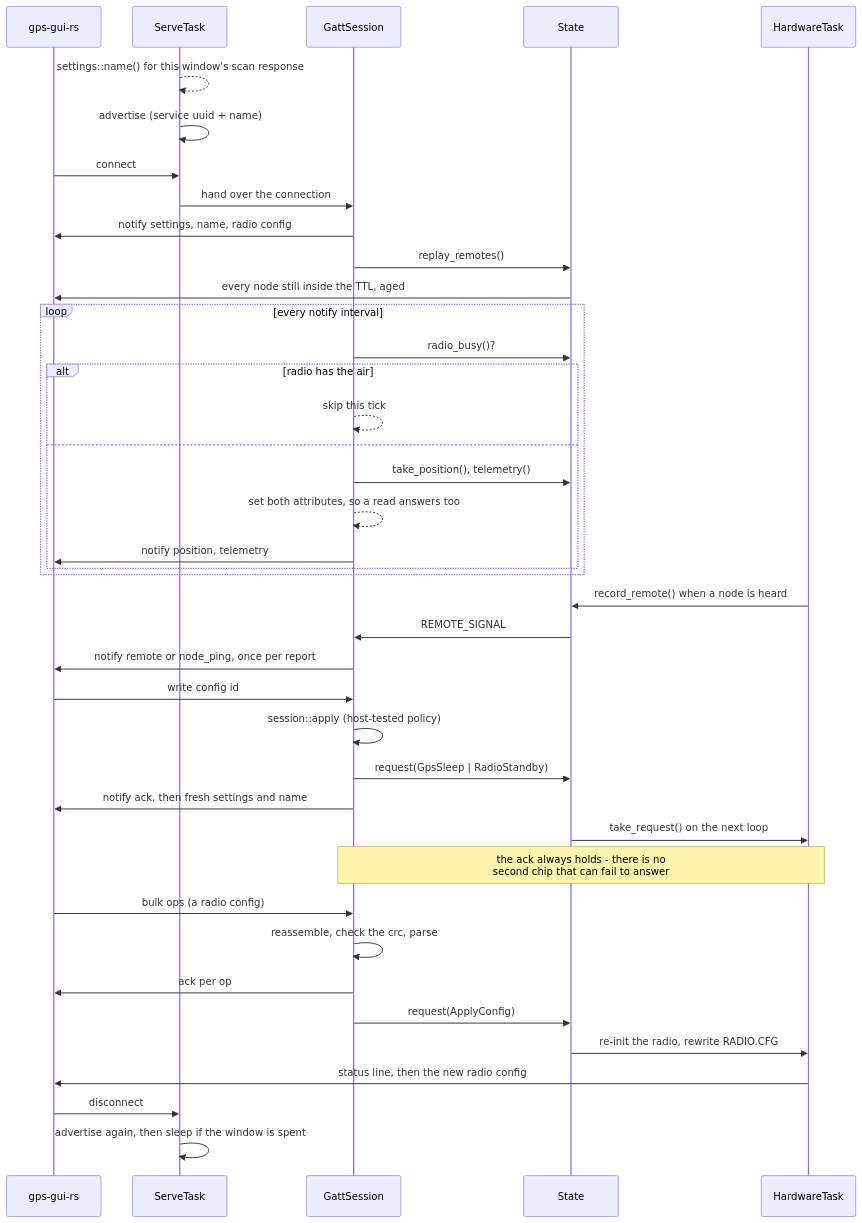
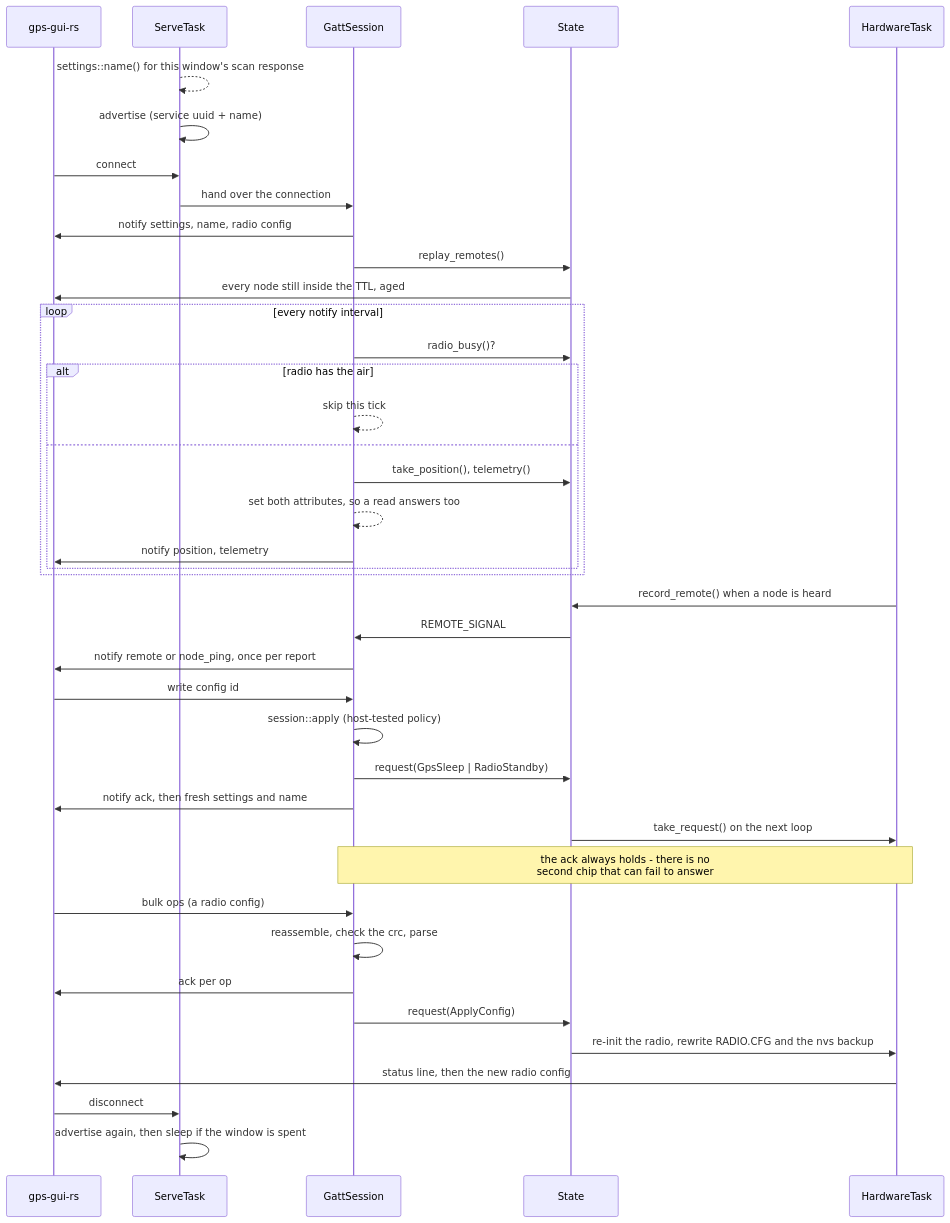
The third of 9 diagrams in ARCHITECTURE.md (Telemety-In-Midair/telemetry-in-midair-rs), drawn with Mermaid before and after one commit. The commit also changed other lines of this file and 9 other files, not shown here.

````diff
--- a/ARCHITECTURE.md
+++ b/ARCHITECTURE.md
@@ -248,48 +250,48 @@
 ```mermaid
 sequenceDiagram
     participant App as gps-gui-rs
     participant Serve as ServeTask
     participant Gatt as GattSession
     participant St as State
     participant Hw as HardwareTask
 
     Serve-->>Serve: settings::name() for this window's scan response
     Serve->>Serve: advertise (service uuid + name)
     App->>Serve: connect
     Serve->>Gatt: hand over the connection
     Gatt->>App: notify settings, name, radio config
     Gatt->>St: replay_remotes()
     St->>App: every node still inside the TTL, aged
 
     loop every notify interval
         Gatt->>St: radio_busy()?
         alt radio has the air
             Gatt-->>Gatt: skip this tick
         else
             Gatt->>St: take_position(), telemetry()
             Gatt-->>Gatt: set both attributes, so a read answers too
             Gatt->>App: notify position, telemetry
         end
     end
 
     Hw->>St: record_remote() when a node is heard
     St->>Gatt: REMOTE_SIGNAL
     Gatt->>App: notify remote or node_ping, once per report
 
     App->>Gatt: write config id
     Gatt->>Gatt: session::apply (host-tested policy)
     Gatt->>St: request(GpsSleep | RadioStandby)
     Gatt->>App: notify ack, then fresh settings and name
     St->>Hw: take_request() on the next loop
     Note over Gatt,Hw: the ack always holds - there is no<br/>second chip that can fail to answer
 
     App->>Gatt: bulk ops (a radio config)
     Gatt->>Gatt: reassemble, check the crc, parse
     Gatt->>App: ack per op
     Gatt->>St: request(ApplyConfig)
-    St->>Hw: re-init the radio, rewrite RADIO.CFG
+    St->>Hw: re-init the radio, rewrite RADIO.CFG and the nvs backup
     Hw->>App: status line, then the new radio config
 
     App->>Serve: disconnect
     Serve->>Serve: advertise again, then sleep if the window is spent
 ```
````
